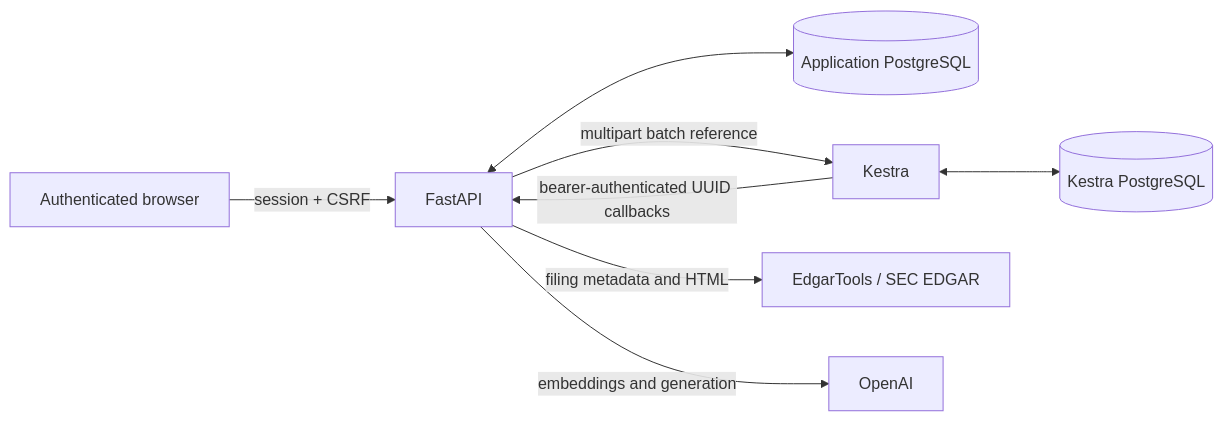
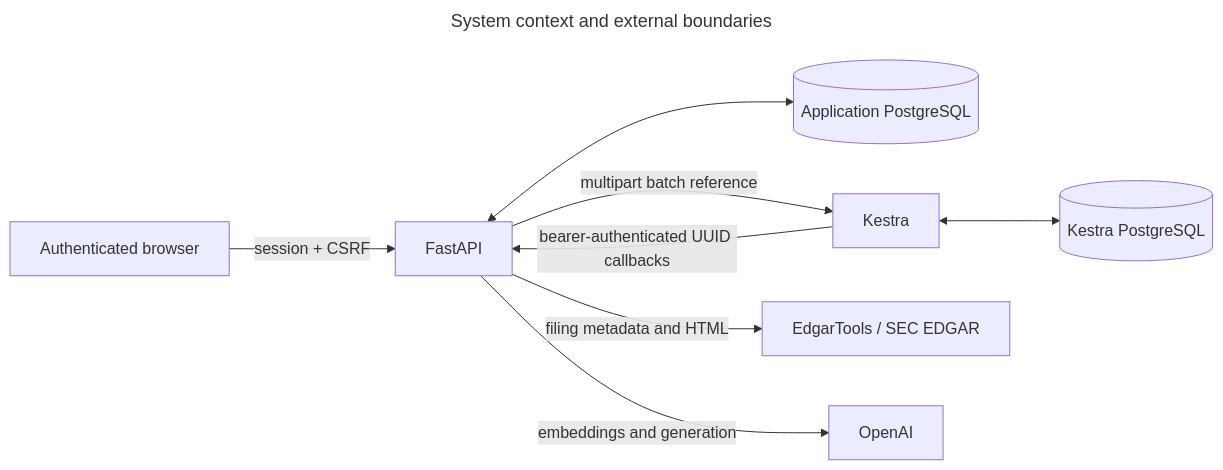
One commit to hongchit/sec-filing-rag-poc changed the first of 4 diagrams in docs/architecture.md. Above: the diagram before and after it, drawn with Mermaid. The commit also changed other lines of this file and 43 other files, not shown here.

````diff
--- a/docs/architecture.md
+++ b/docs/architecture.md
@@ -10,10 +10,13 @@
 ```mermaid
+---
+title: System context and external boundaries
+---
 flowchart LR
   U[Authenticated browser] -->|session + CSRF| A[FastAPI]
   A <--> D[(Application PostgreSQL)]
   A -->|multipart batch reference| K[Kestra]
   K -->|bearer-authenticated UUID callbacks| A
   A -->|filing metadata and HTML| E[EdgarTools / SEC EDGAR]
   A -->|embeddings and generation| O[OpenAI]
   K <--> KD[(Kestra PostgreSQL)]
 ```
````
